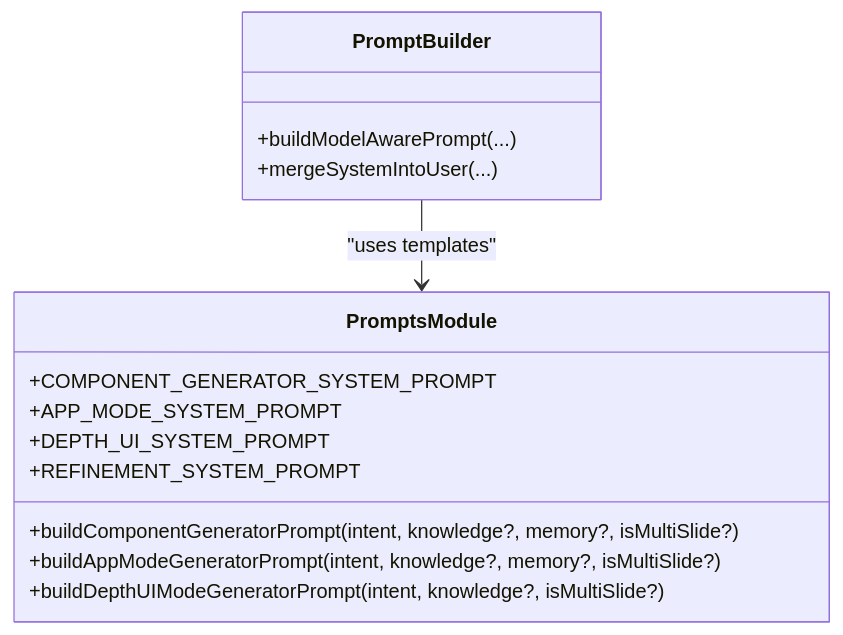
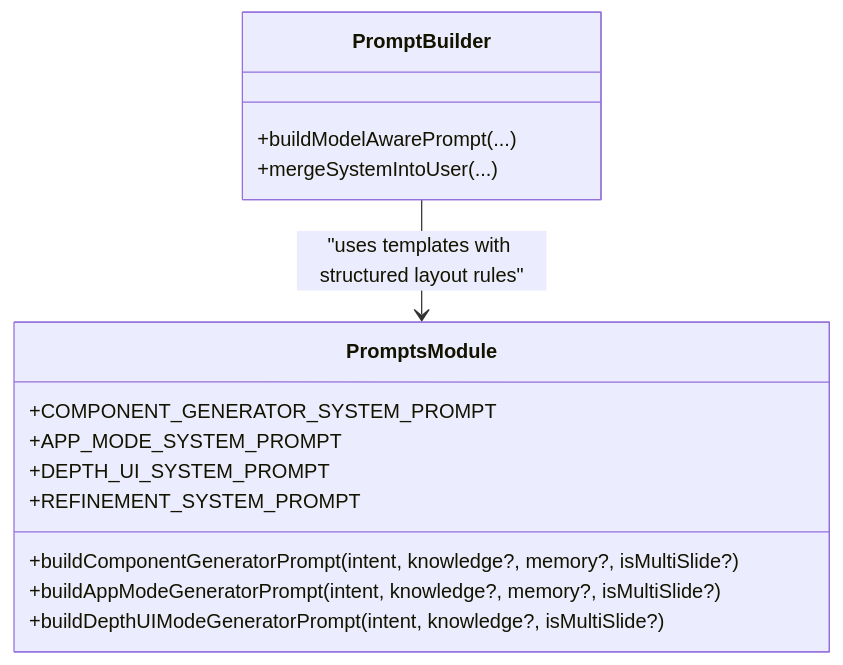
Before and after one commit to shekhargiri005-dotcom/AI-powered-accessibility-first-UI-engine: the fourth of 9 diagrams in .qoder/repowiki/en/content/AI Generation Engine/Core Generation Pipeline/Prompt Engineering & Context Injection.md, drawn with Mermaid. The commit also changed other lines of this file and 71 other files, not shown here.

````diff
--- a/.qoder/repowiki/en/content/AI Generation Engine/Core Generation Pipeline/Prompt Engineering & Context Injection.md
+++ b/.qoder/repowiki/en/content/AI Generation Engine/Core Generation Pipeline/Prompt Engineering & Context Injection.md
@@ -185,17 +226,17 @@
 ```mermaid
 classDiagram
 class PromptsModule {
 +COMPONENT_GENERATOR_SYSTEM_PROMPT
 +APP_MODE_SYSTEM_PROMPT
 +DEPTH_UI_SYSTEM_PROMPT
 +REFINEMENT_SYSTEM_PROMPT
 +buildComponentGeneratorPrompt(intent, knowledge?, memory?, isMultiSlide?)
 +buildAppModeGeneratorPrompt(intent, knowledge?, memory?, isMultiSlide?)
 +buildDepthUIModeGeneratorPrompt(intent, knowledge?, isMultiSlide?)
 }
 class PromptBuilder {
 +buildModelAwarePrompt(...)
 +mergeSystemIntoUser(...)
 }
-PromptBuilder --> PromptsModule : "uses templates"
+PromptBuilder --> PromptsModule : "uses templates with structured layout rules"
 ```
````
